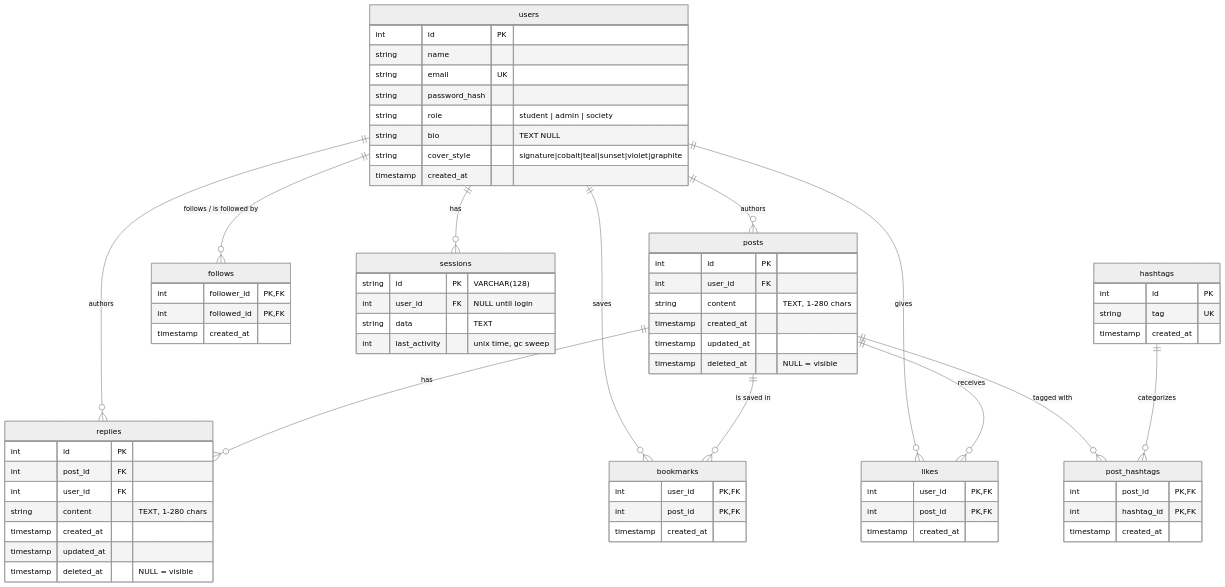
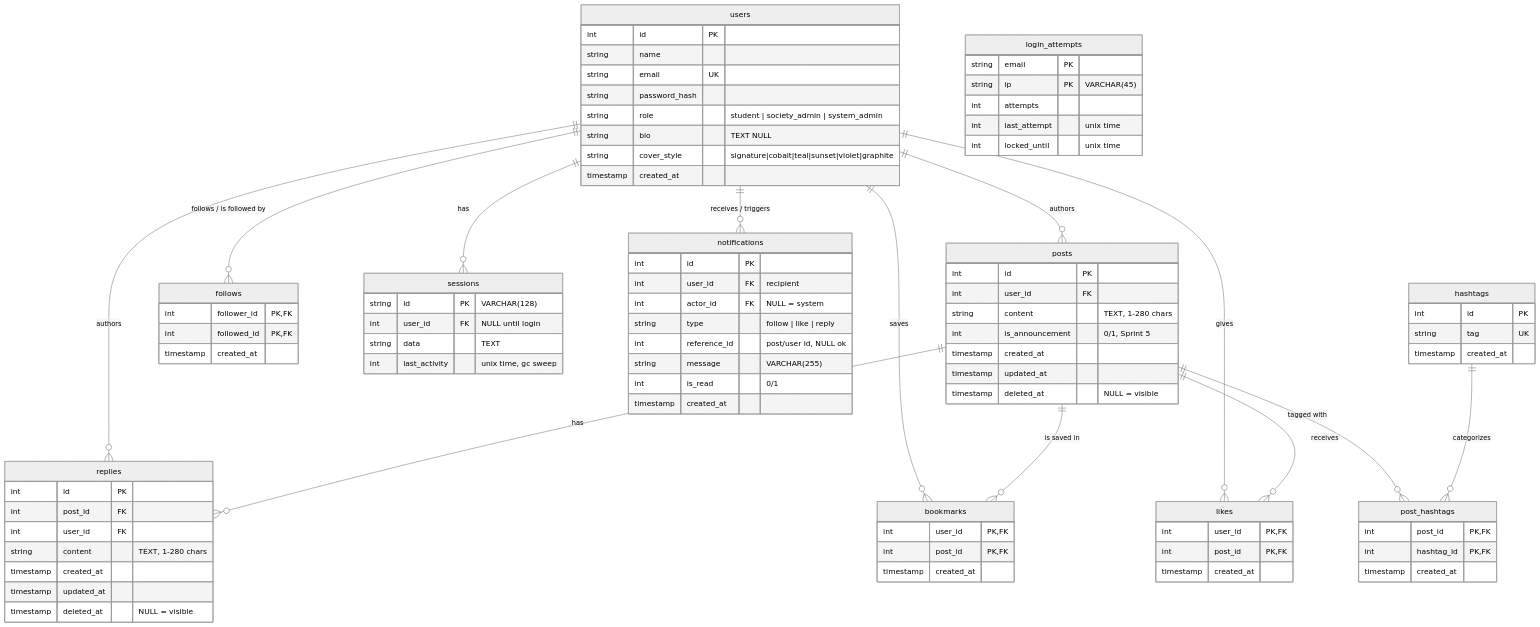
One commit to muddassir1935/ASPM-PROJECT- changed the second of 2 diagrams in docs/uml-class-diagram-erd.md. Above: the diagram before and after it, drawn with Mermaid (neutral theme). The commit also changed other lines of this file and 33 other files, not shown here.

```diff
--- a/docs/uml-class-diagram-erd.md
+++ b/docs/uml-class-diagram-erd.md
@@ -153,6 +250,7 @@
     users ||--o{ bookmarks : "saves"
     users ||--o{ likes : "gives"
     users ||--o{ sessions : "has"
+    users ||--o{ notifications : "receives / triggers"
     posts ||--o{ replies : "has"
     posts ||--o{ bookmarks : "is saved in"
     posts ||--o{ likes : "receives"
@@ -163,7 +261,7 @@
         string name
         string email UK
         string password_hash
-        string role "student | admin | society"
+        string role "student | society_admin | system_admin"
         string bio "TEXT NULL"
         string cover_style "signature|cobalt|teal|sunset|violet|graphite"
         timestamp created_at
@@ -172,9 +270,27 @@
         int id PK
         int user_id FK
         string content "TEXT, 1-280 chars"
+        int is_announcement "0/1, Sprint 5"
         timestamp created_at
         timestamp updated_at
         timestamp deleted_at "NULL = visible"
+    }
+    notifications {
+        int id PK
+        int user_id FK "recipient"
+        int actor_id FK "NULL = system"
+        string type "follow | like | reply"
+        int reference_id "post/user id, NULL ok"
+        string message "VARCHAR(255)"
+        int is_read "0/1"
+        timestamp created_at
+    }
+    login_attempts {
+        string email PK
+        string ip PK "VARCHAR(45)"
+        int attempts
+        int last_attempt "unix time"
+        int locked_until "unix time"
     }
     follows {
         int follower_id PK,FK
```
